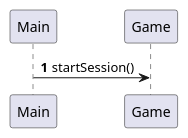
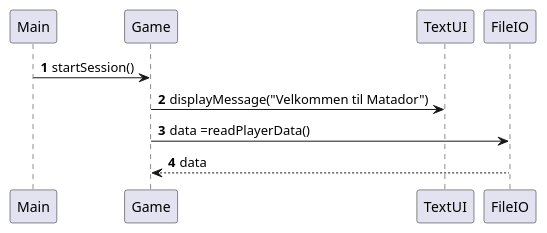
Before and after one commit to Dat1Cphbusiness/MonopolyF26: the diagram in doc/dynamic/sequence_UC1_StartSession.puml, drawn with PlantUML. The commit also changed other lines of this file, not shown here.

```diff
--- a/doc/dynamic/sequence_UC1_StartSession.puml
+++ b/doc/dynamic/sequence_UC1_StartSession.puml
@@ -1,16 +1,19 @@
 @startuml
 'https://plantuml.com/sequence-diagram
 
 autonumber
 
 Main -> Game: startSession()
-'indsæt kald til displayMessage i TextUI
+
+Game -> TextUI: displayMessage("Velkommen til Matador")
 'indsæt kald til readPlayerData i FIleIO
+Game -> FileIO: data =readPlayerData()
+FileIO --> Game: data
 'indsæt betingelse (alt)
-'indsæt loop
+  'indsæt loop
 'indsæt kald til createPlayer
 'indsæt kald til registerPlayer
 'indsæt kald til displayPlayers
 
 
 @enduml
```
